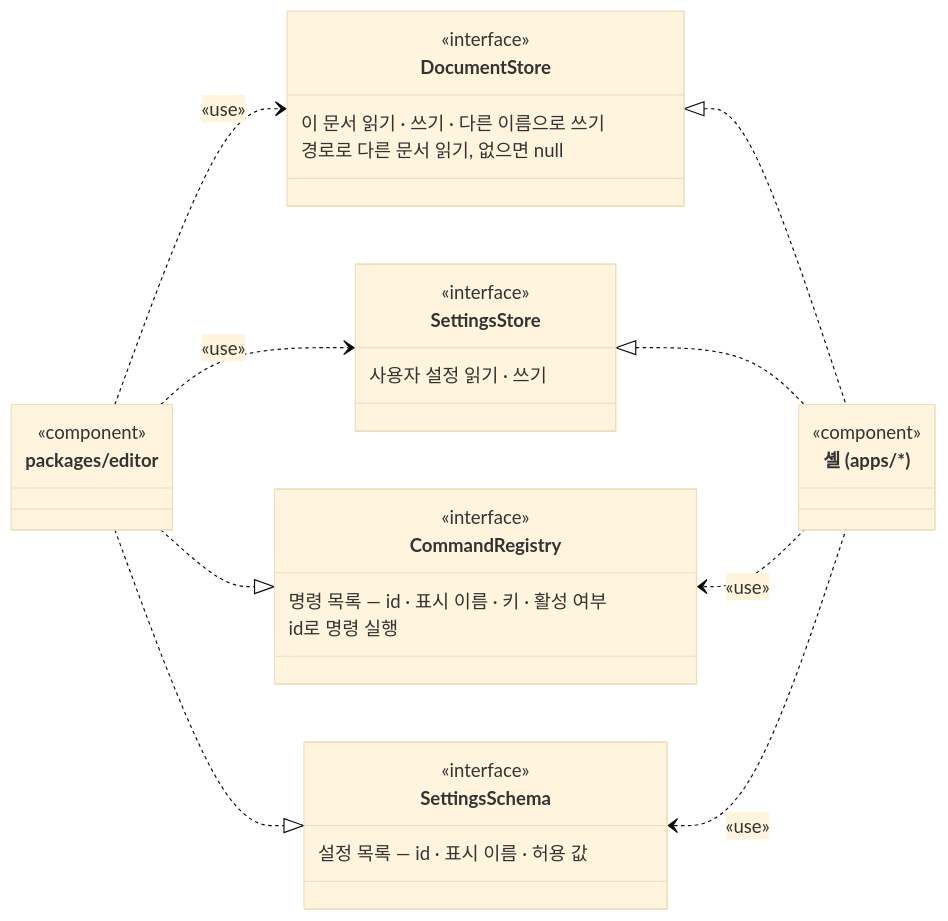
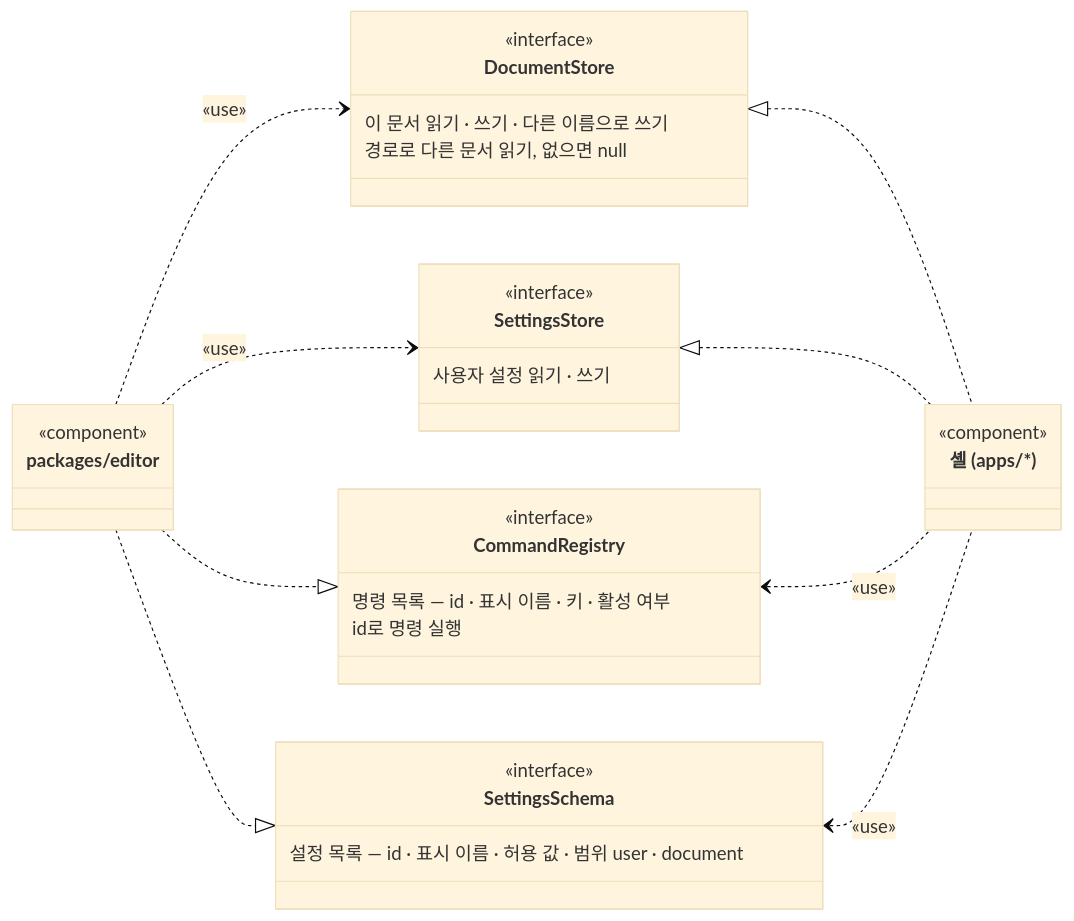
The third of 6 diagrams in docs/03-architecture/03-architecture.md (reddiana/AriadneNSD), drawn with Mermaid (base theme) before and after one commit. The commit also changed other lines of this file and 23 other files, not shown here.

````diff
--- a/docs/03-architecture/03-architecture.md
+++ b/docs/03-architecture/03-architecture.md
@@ -161,30 +161,30 @@
 ```mermaid
 classDiagram
     direction LR
     class editor["packages/editor"]
     <<component>> editor
     class Shell["셸 (apps/*)"]
     <<component>> Shell
     class DocumentStore
     <<interface>> DocumentStore
     DocumentStore : 이 문서 읽기 · 쓰기 · 다른 이름으로 쓰기
     DocumentStore : 경로로 다른 문서 읽기, 없으면 null
     class SettingsStore
     <<interface>> SettingsStore
     SettingsStore : 사용자 설정 읽기 · 쓰기
     class CommandRegistry
     <<interface>> CommandRegistry
     CommandRegistry : 명령 목록 — id · 표시 이름 · 키 · 활성 여부
     CommandRegistry : id로 명령 실행
     class SettingsSchema
     <<interface>> SettingsSchema
-    SettingsSchema : 설정 목록 — id · 표시 이름 · 허용 값
+    SettingsSchema : 설정 목록 — id · 표시 이름 · 허용 값 · 범위 user · document
     editor ..> DocumentStore : «use»
     editor ..> SettingsStore : «use»
     DocumentStore <|.. Shell
     SettingsStore <|.. Shell
     editor ..|> CommandRegistry
     editor ..|> SettingsSchema
     CommandRegistry <.. Shell : «use»
     SettingsSchema <.. Shell : «use»
 ```
````
